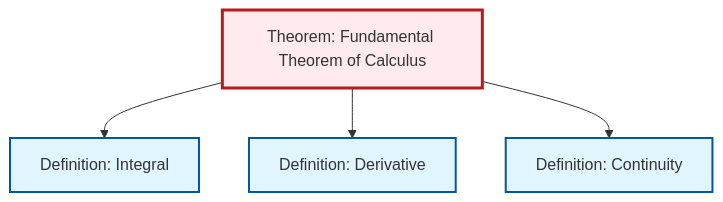
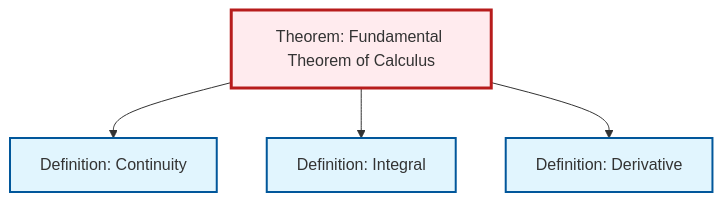
Before and after one commit to RK0429/ModernMath: the diagram in content/ja/analysis/thm-fundamental-calculus.qmd, drawn with Mermaid. The commit also changed other lines of this file and 581 other files, not shown here.

First line of the commit message:
feat: Add epimorphism definition and complete integral domain translations

````diff
--- a/content/ja/analysis/thm-fundamental-calculus.qmd
+++ b/content/ja/analysis/thm-fundamental-calculus.qmd
@@ -142,20 +142,20 @@
 ```{mermaid}
 %%| fig-cap: "Local dependency graph"
 graph TD
     classDef definition fill:#e1f5fe,stroke:#01579b,stroke-width:2px
     classDef theorem fill:#f3e5f5,stroke:#4a148c,stroke-width:2px
     classDef axiom fill:#fff3e0,stroke:#e65100,stroke-width:2px
     classDef example fill:#e8f5e9,stroke:#1b5e20,stroke-width:2px
     classDef current fill:#ffebee,stroke:#b71c1c,stroke-width:3px
     def-derivative["Definition: Derivative"]:::definition
+    def-integral["Definition: Integral"]:::definition
+    thm-fundamental-calculus["Theorem: Fundamental Theorem of Calculus"]:::theorem
     def-continuity["Definition: Continuity"]:::definition
-    thm-fundamental-calculus["Theorem: Fundamental Theorem of Calculus"]:::theorem
-    def-integral["Definition: Integral"]:::definition
+    thm-fundamental-calculus --> def-continuity
     thm-fundamental-calculus --> def-integral
     thm-fundamental-calculus --> def-derivative
-    thm-fundamental-calculus --> def-continuity
     class thm-fundamental-calculus current
     click def-derivative "def-derivative.html" "Definition: Derivativeへ"
+    click def-integral "def-integral.html" "Definition: Integralへ"
     click def-continuity "def-continuity.html" "Definition: Continuityへ"
-    click def-integral "def-integral.html" "Definition: Integralへ"
 ```
````
